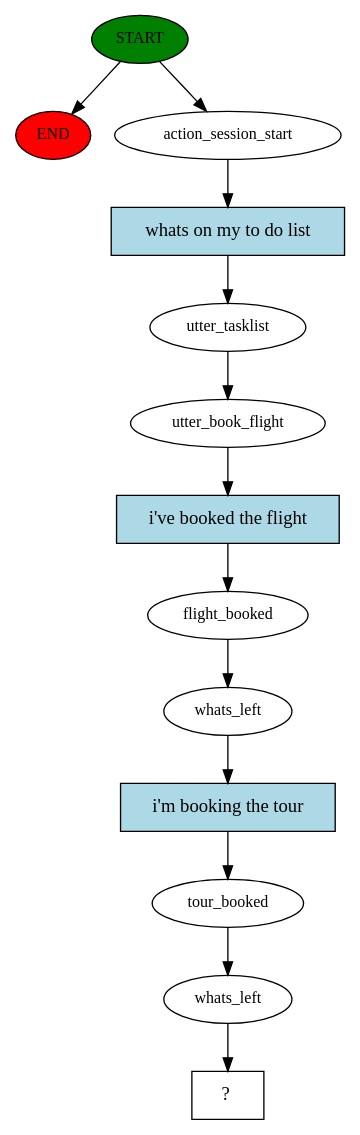
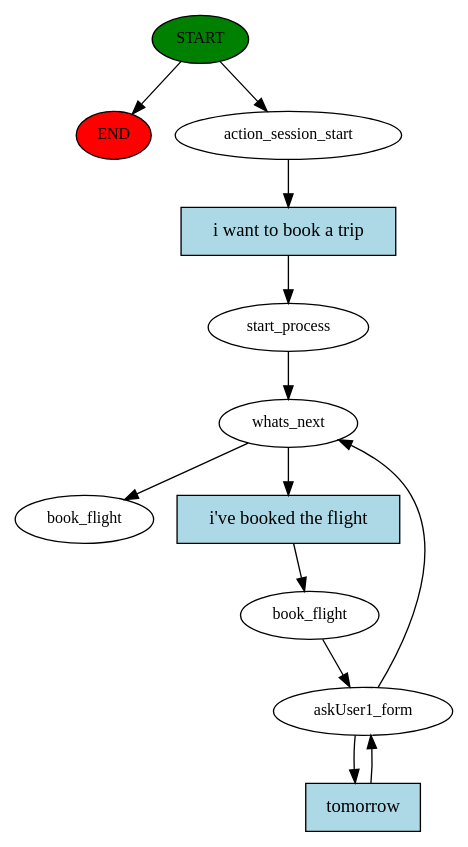
One commit to luis-f-lins/process-aware-conversational-agent changed the diagram in story_graph.dot. Above: the diagram before and after it, drawn with Graphviz. The commit also changed 12 other files, not shown here.

```diff
--- a/story_graph.dot
+++ b/story_graph.dot
@@ -1,27 +1,25 @@
 digraph  {
 0 [class="start active", fillcolor=green, fontsize=12, label=START, style=filled];
 "-1" [class=end, fillcolor=red, fontsize=12, label=END, style=filled];
 1 [class=active, fontsize=12, label=action_session_start];
-2 [class=active, fontsize=12, label=utter_tasklist];
-3 [class=active, fontsize=12, label=utter_book_flight];
-4 [class=active, fontsize=12, label=flight_booked];
-5 [class=active, fontsize=12, label=whats_left];
-6 [class=active, fontsize=12, label=tour_booked];
-7 [class=active, fontsize=12, label=whats_left];
-8 [class="intent dashed active", label="  ?  ", shape=rect];
-9 [class="intent active", fillcolor=lightblue, label="whats on my to do list", shape=rect, style=filled];
+2 [class=active, fontsize=12, label=start_process];
+3 [class=active, fontsize=12, label=whats_next];
+4 [class=active, fontsize=12, label=book_flight];
+5 [class=active, fontsize=12, label=askUser1_form];
+8 [class="dashed active", fontsize=12, label=book_flight];
+9 [class="intent active", fillcolor=lightblue, label="i want to book a trip", shape=rect, style=filled];
 10 [class="intent active", fillcolor=lightblue, label="i've booked the flight", shape=rect, style=filled];
-11 [class="intent active", fillcolor=lightblue, label="i'm booking the tour", shape=rect, style=filled];
+11 [class="intent active", fillcolor=lightblue, label=tomorrow, shape=rect, style=filled];
 0 -> "-1"  [class="", key=NONE, label=""];
 0 -> 1  [class=active, key=NONE, label=""];
 1 -> 9  [class=active, key=0];
 2 -> 3  [class=active, key=NONE, label=""];
+3 -> 8  [class=active, key=NONE, label=""];
 3 -> 10  [class=active, key=0];
 4 -> 5  [class=active, key=NONE, label=""];
+5 -> 3  [class=active, key=NONE, label=""];
 5 -> 11  [class=active, key=0];
-6 -> 7  [class=active, key=NONE, label=""];
-7 -> 8  [class=active, key=NONE, label=""];
 9 -> 2  [class=active, key=0];
 10 -> 4  [class=active, key=0];
-11 -> 6  [class=active, key=0];
+11 -> 5  [class=active, key=0];
 }
```
